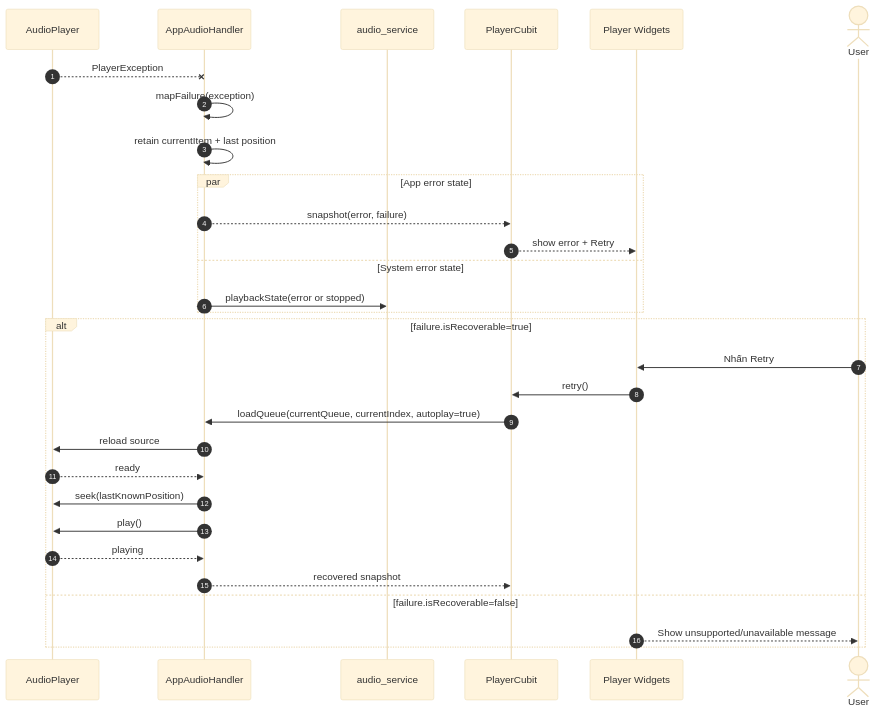
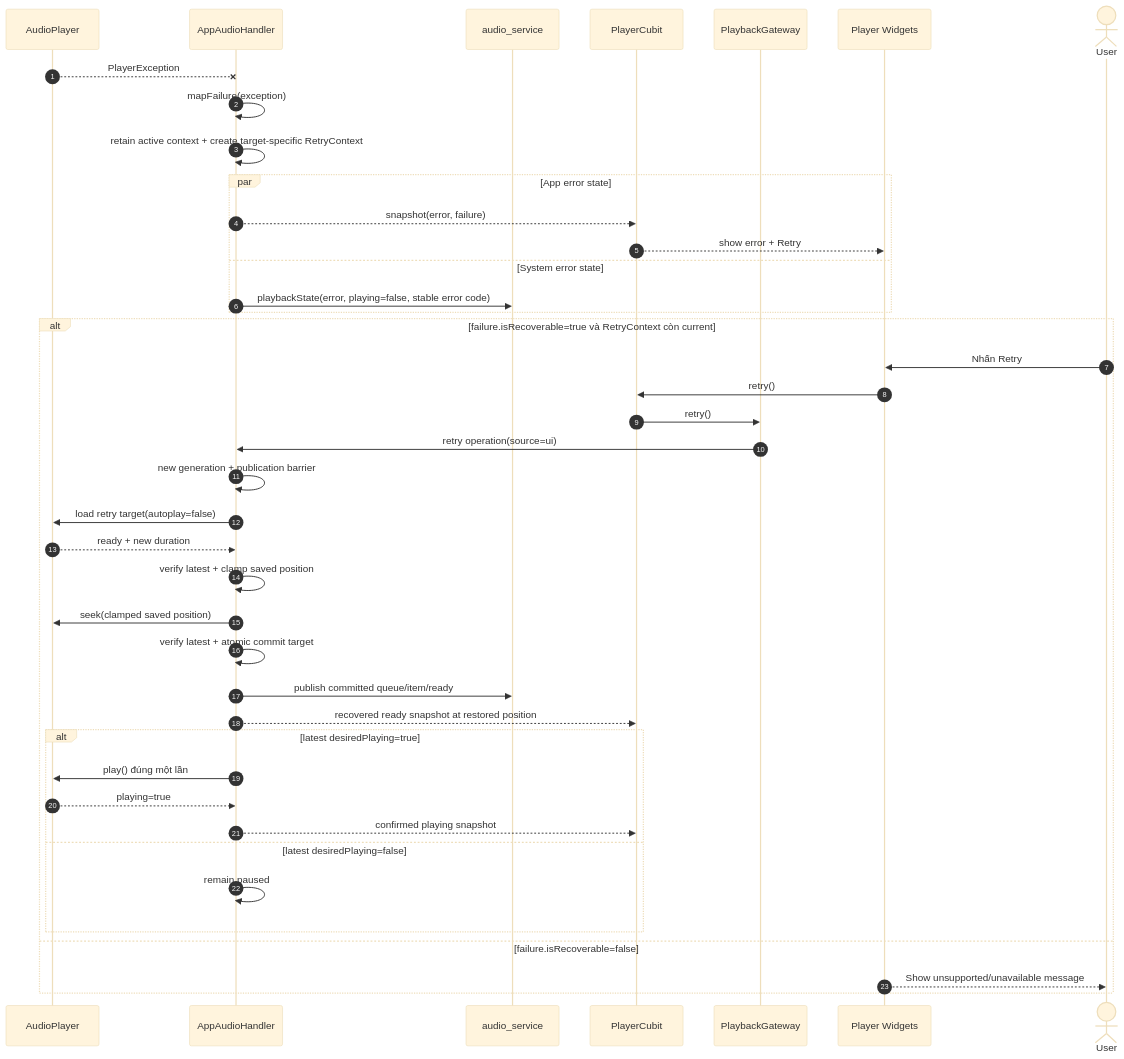
Diagram 14 of 29 in docs/player-behavioral-diagrams.md (ViUniverse/ViListen), drawn with Mermaid (base theme) before and after one commit. The commit also changed other lines of this file and 4 other files, not shown here.

````diff
--- a/docs/player-behavioral-diagrams.md
+++ b/docs/player-behavioral-diagrams.md
@@ -644,35 +695,46 @@
 ```mermaid
 sequenceDiagram
 autonumber
 participant Engine as AudioPlayer
 participant Handler as AppAudioHandler
 participant AS as audio_service
 participant Cubit as PlayerCubit
+participant Gateway as PlaybackGateway
 participant UI as Player Widgets
 actor User
 
 Engine--xHandler: PlayerException
 Handler->>Handler: mapFailure(exception)
-Handler->>Handler: retain currentItem + last position
+Handler->>Handler: retain active context + create target-specific RetryContext
 
 par App error state
   Handler-->>Cubit: snapshot(error, failure)
   Cubit-->>UI: show error + Retry
 and System error state
-  Handler->>AS: playbackState(error or stopped)
+  Handler->>AS: playbackState(error, playing=false, stable error code)
 end
 
-alt failure.isRecoverable=true
+alt failure.isRecoverable=true và RetryContext còn current
   User->>UI: Nhấn Retry
   UI->>Cubit: retry()
-  Cubit->>Handler: loadQueue(currentQueue, currentIndex, autoplay=true)
-  Handler->>Engine: reload source
-  Engine-->>Handler: ready
-  Handler->>Engine: seek(lastKnownPosition)
-  Handler->>Engine: play()
-  Engine-->>Handler: playing
-  Handler-->>Cubit: recovered snapshot
+  Cubit->>Gateway: retry()
+  Gateway->>Handler: retry operation(source=ui)
+  Handler->>Handler: new generation + publication barrier
+  Handler->>Engine: load retry target(autoplay=false)
+  Engine-->>Handler: ready + new duration
+  Handler->>Handler: verify latest + clamp saved position
+  Handler->>Engine: seek(clamped saved position)
+  Handler->>Handler: verify latest + atomic commit target
+  Handler->>AS: publish committed queue/item/ready
+  Handler-->>Cubit: recovered ready snapshot at restored position
+  alt latest desiredPlaying=true
+    Handler->>Engine: play() đúng một lần
+    Engine-->>Handler: playing=true
+    Handler-->>Cubit: confirmed playing snapshot
+  else latest desiredPlaying=false
+    Handler->>Handler: remain paused
+  end
 else failure.isRecoverable=false
   UI-->>User: Show unsupported/unavailable message
 end
 ```
````
